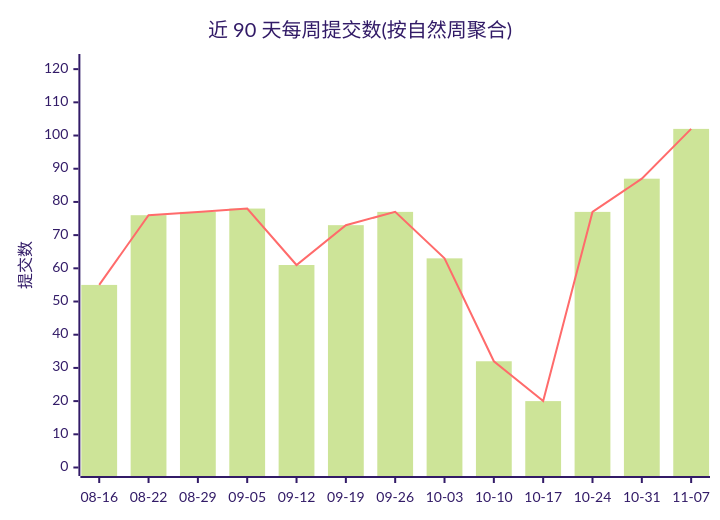
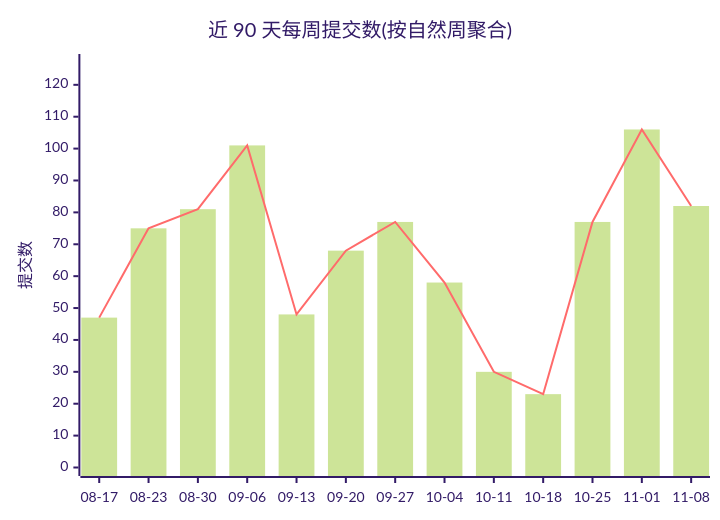
One commit to Conflux-Union/.github changed the first of 2 diagrams in profile/README.md. Above: the diagram before and after it, drawn with Mermaid (forest theme). The commit also changed other lines of this file and 1 other file, not shown here.

````diff
--- a/profile/README.md
+++ b/profile/README.md
@@ -47,8 +47,8 @@
 ```mermaid
 xychart-beta
     title "近 90 天每周提交数(按自然周聚合)"
-    x-axis ["08-16", "08-22", "08-29", "09-05", "09-12", "09-19", "09-26", "10-03", "10-10", "10-17", "10-24", "10-31", "11-07"]
-    y-axis "提交数" 0 --> 122
-    bar [55, 76, 77, 78, 61, 73, 77, 63, 32, 20, 77, 87, 102]
-    line [55, 76, 77, 78, 61, 73, 77, 63, 32, 20, 77, 87, 102]
+    x-axis ["08-17", "08-23", "08-30", "09-06", "09-13", "09-20", "09-27", "10-04", "10-11", "10-18", "10-25", "11-01", "11-08"]
+    y-axis "提交数" 0 --> 127
+    bar [47, 75, 81, 101, 48, 68, 77, 58, 30, 23, 77, 106, 82]
+    line [47, 75, 81, 101, 48, 68, 77, 58, 30, 23, 77, 106, 82]
 ```
````
